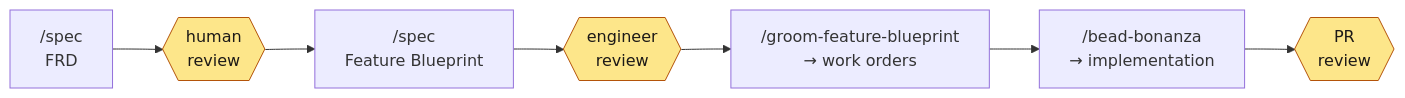
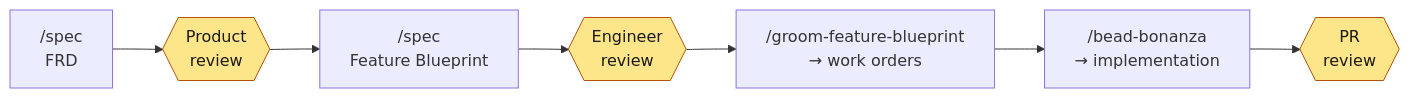
One commit to brettcallaghan/specs changed the diagram in README.md. Above: the diagram before and after it, drawn with Mermaid. The commit also changed other lines of this file, not shown here.

````diff
--- a/README.md
+++ b/README.md
@@ -47,13 +47,13 @@
 ```mermaid
 flowchart LR
-    A["/spec<br/>FRD"] --> B{{"human<br/>review"}}
+    A["/spec<br/>FRD"] --> B{{"Product<br/>review"}}
     B --> C["/spec<br/>Feature Blueprint"]
-    C --> D{{"engineer<br/>review"}}
+    C --> D{{"Engineer<br/>review"}}
     D --> E["/groom-feature-blueprint<br/>→ work orders"]
     E --> F["/bead-bonanza<br/>→ implementation"]
     F --> G{{"PR<br/>review"}}
 
     style B fill:#fde68a,stroke:#b45309,color:#1c1917
     style D fill:#fde68a,stroke:#b45309,color:#1c1917
     style G fill:#fde68a,stroke:#b45309,color:#1c1917
 ```
````
